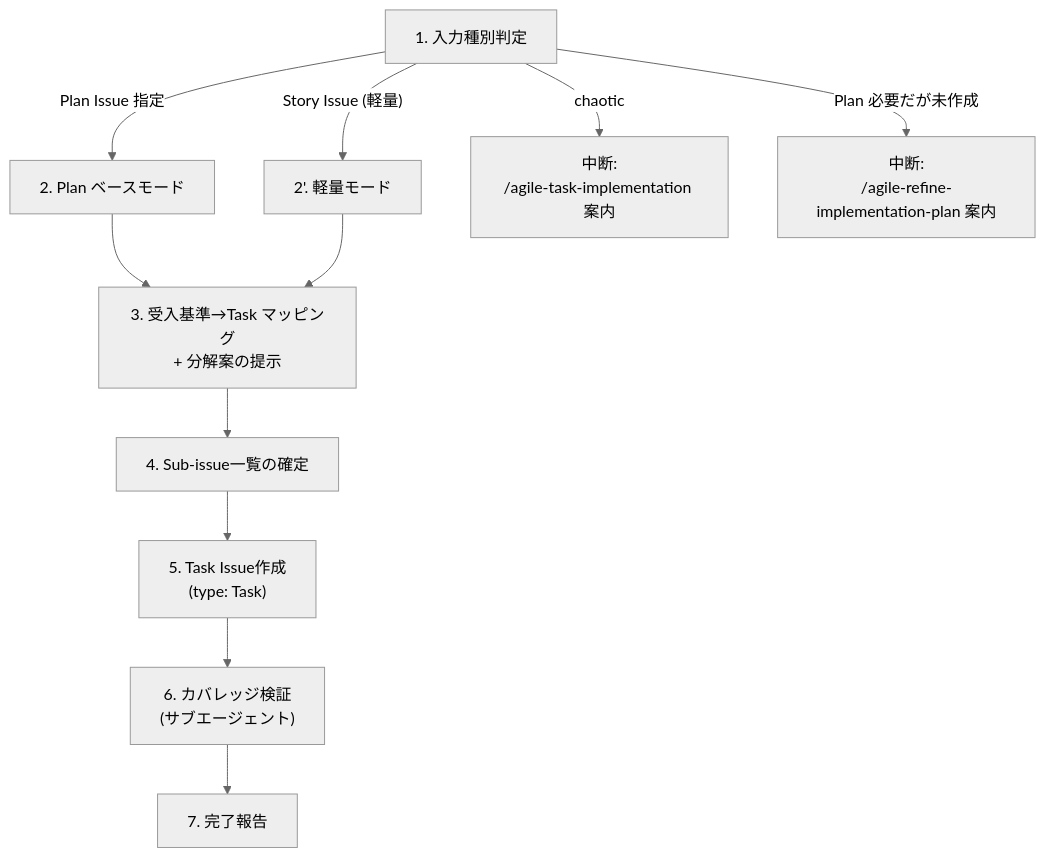
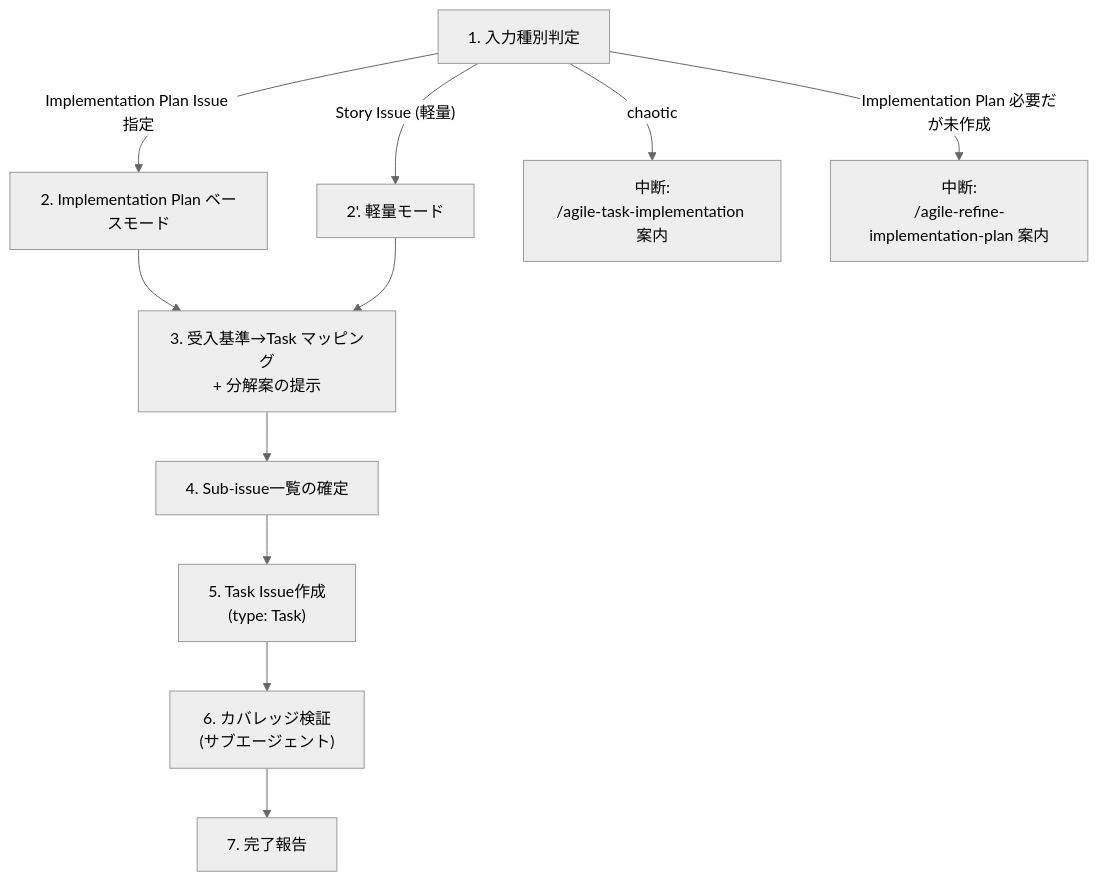
Before and after one commit to mrtry-lab/skills: the diagram in skills/agile-implementation-plan-to-task/SKILL.md, drawn with Mermaid (neutral theme). The commit also changed other lines of this file and 17 other files, not shown here.

First line of the commit message:
docs: standardize "Implementation Plan" naming, remove shorthand "Plan"

````diff
--- a/skills/agile-implementation-plan-to-task/SKILL.md
+++ b/skills/agile-implementation-plan-to-task/SKILL.md
@@ -31,17 +31,17 @@
 ```mermaid
 flowchart TB
   input["1. 入力種別判定"]
-  plan_mode["2. Plan ベースモード"]
+  plan_mode["2. Implementation Plan ベースモード"]
   story_mode["2'. 軽量モード"]
   decompose["3. 受入基準→Task マッピング\n+ 分解案の提示"]
   confirm["4. Sub-issue一覧の確定"]
   create["5. Task Issue作成\n(type: Task)"]
   verify["6. カバレッジ検証\n(サブエージェント)"]
   report["7. 完了報告"]
 
-  input -- "Plan Issue 指定" --> plan_mode --> decompose
+  input -- "Implementation Plan Issue 指定" --> plan_mode --> decompose
   input -- "Story Issue (軽量)" --> story_mode --> decompose
   input -- "chaotic" --> chaotic["中断:\n/agile-task-implementation 案内"]
-  input -- "Plan 必要だが未作成" --> need_plan["中断:\n/agile-refine-implementation-plan 案内"]
+  input -- "Implementation Plan 必要だが未作成" --> need_plan["中断:\n/agile-refine-implementation-plan 案内"]
   decompose --> confirm --> create --> verify --> report
 ```
````
